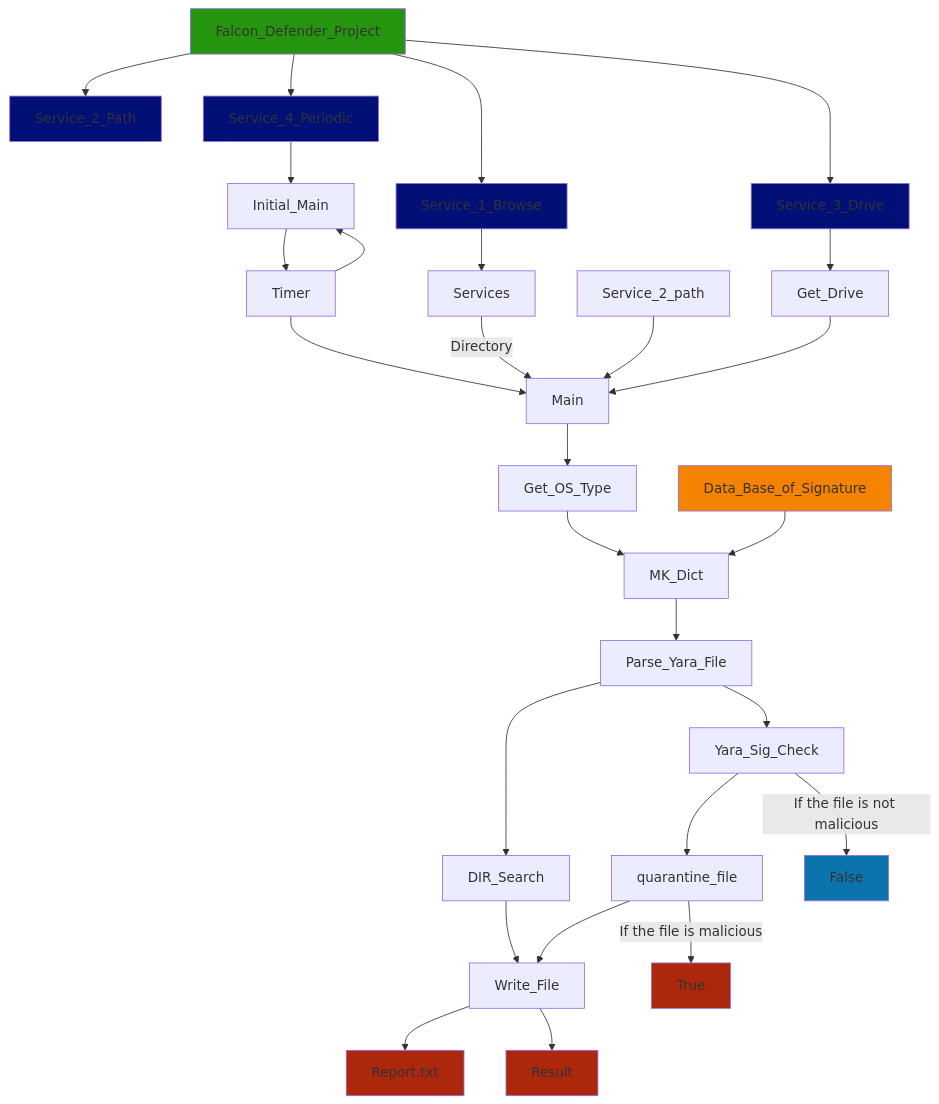
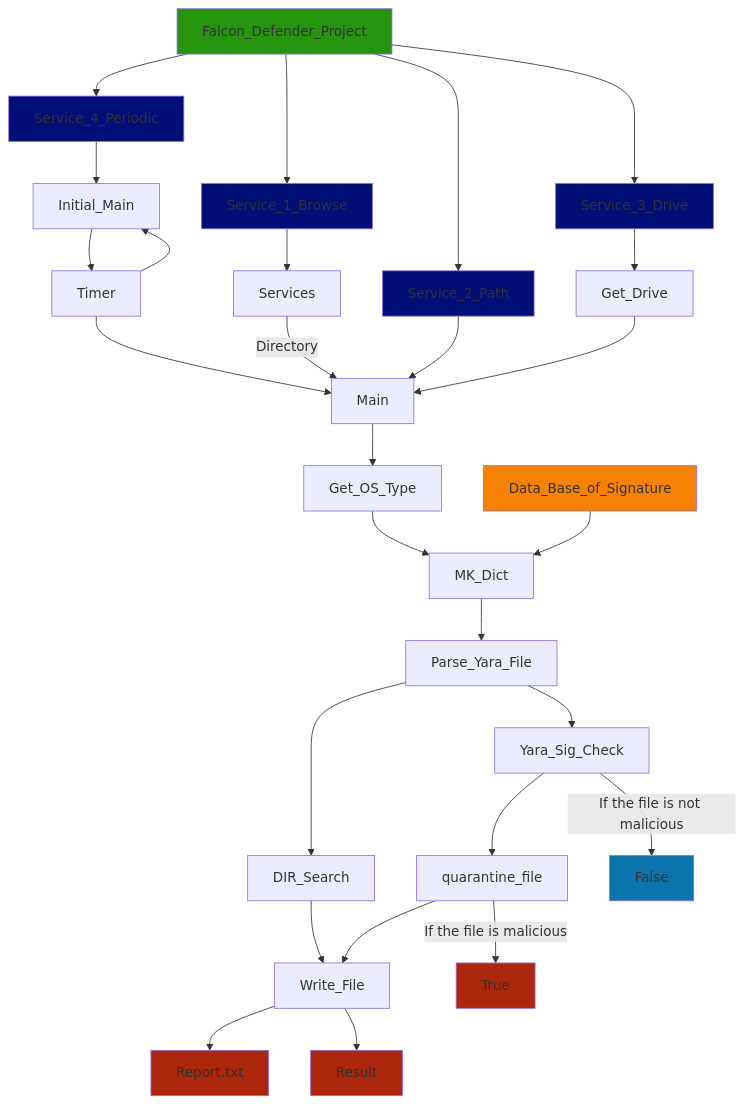
One commit to AyhamAsfoor/Falcon_Defender changed the diagram in README.md. Above: the diagram before and after it, drawn with Mermaid.

````diff
--- a/README.md
+++ b/README.md
@@ -68,40 +68,40 @@
 ```mermaid
 graph TD;
    Falcon_Defender_Project-->Service_1_Browse;
    Service_1_Browse-->Services;
    Falcon_Defender_Project-->Service_2_Path;
    Falcon_Defender_Project-->Service_3_Drive;
    Service_3_Drive-->Get_Drive;
    Falcon_Defender_Project-->Service_4_Periodic;
    Service_4_Periodic-->Initial_Main;
    Initial_Main-->Timer;
    Timer-->Initial_Main;
    Timer-->Main;
    Services-->|Directory |Main;
-   Service_2_path-->Main;
+   Service_2_Path-->Main;
    Get_Drive-->Main;
    Main-->Get_OS_Type;
    Get_OS_Type-->MK_Dict;
    Data_Base_of_Signature-->MK_Dict;
    MK_Dict-->Parse_Yara_File;
    Parse_Yara_File-->DIR_Search;
    Parse_Yara_File-->Yara_Sig_Check;
    DIR_Search-->Write_File;
    Yara_Sig_Check-->quarantine_file;
    quarantine_file-->Write_File;
    Yara_Sig_Check-->|If the file is not malicious| False;
    quarantine_file-->|If the file is malicious| True;
    Write_File-->Report_txt[Report.txt];
    Write_File-->Result[Result];
 
    style Falcon_Defender_Project fill:#25940f;
    style Service_1_Browse fill:#010f76;
    style Service_2_Path fill:#010f76;
    style Service_3_Drive fill:#010f76;
    style Service_4_Periodic fill:#010f76;
    style Data_Base_of_Signature fill:#f58200;
    style Report_txt fill:#ac270b;
    style Result fill:#ac270b;
    style True fill:#ac270b;
    style False fill:#0b74ac;
 ```
````
